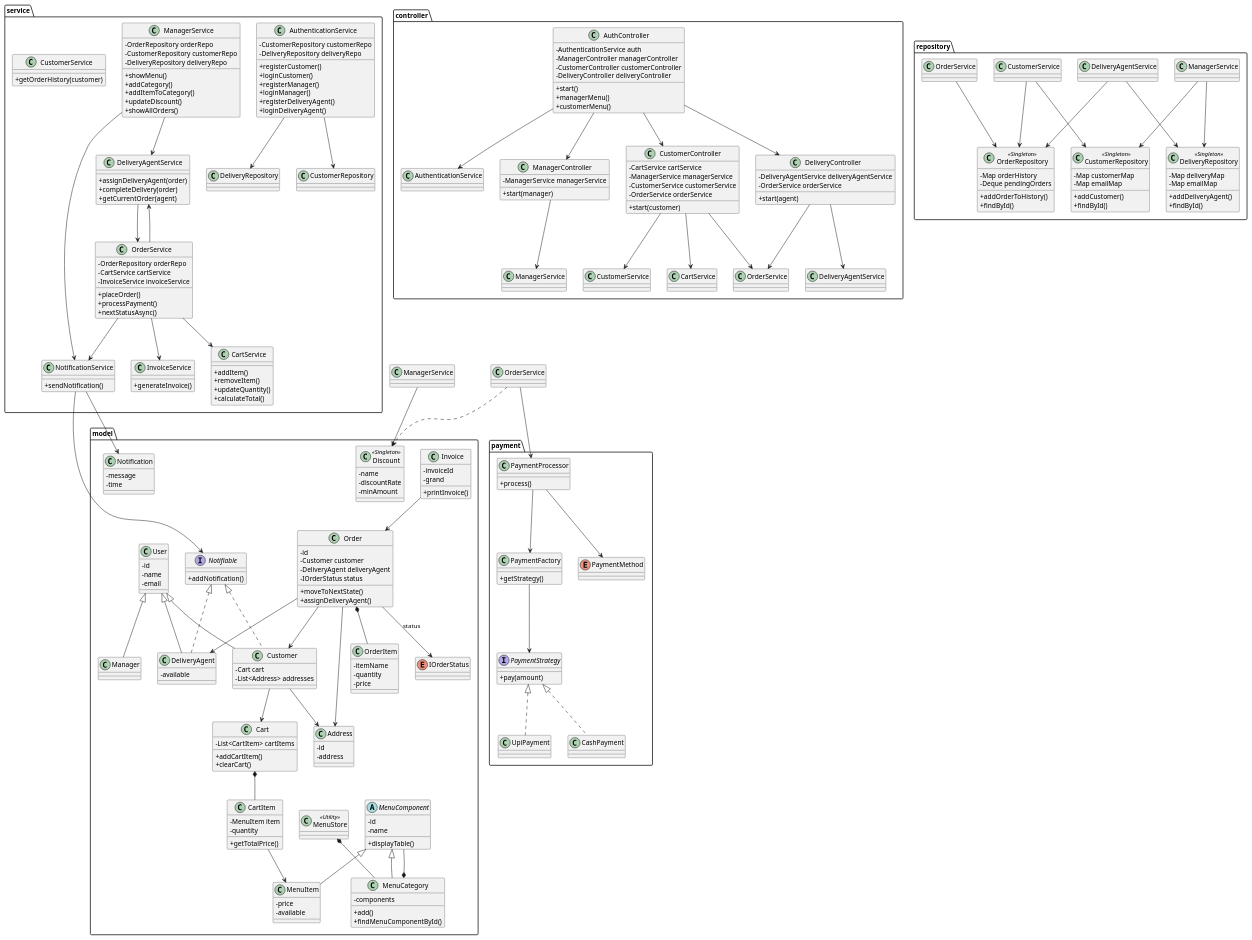
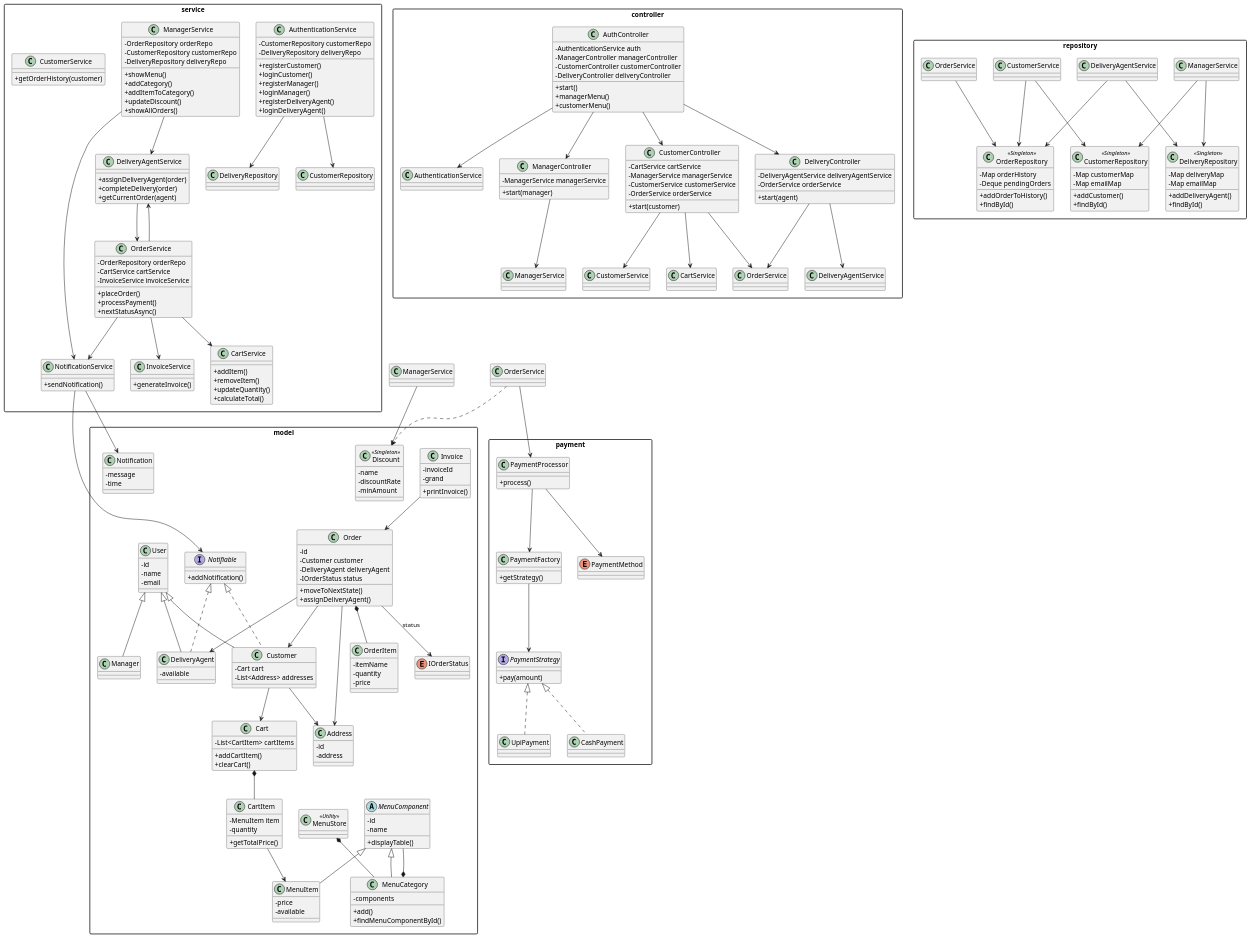
Before and after one commit to darshitdhaduk07/food-delivery-app: the diagram in src/food_delivery_app/diagram.puml, drawn with PlantUML. The commit also changed 15 other files, not shown here.

```diff
--- a/src/food_delivery_app/diagram.puml
+++ b/src/food_delivery_app/diagram.puml
@@ -1,5 +1,6 @@
 @startuml
 skinparam classAttributeIconSize 0
+skinparam packageStyle rectangle
 
 ' =====================================================
 ' CONTROLLERS
@@ -252,8 +253,11 @@
 }
 
 class Manager
+}
 
-}
+' =====================================================
+' RELATIONSHIPS
+' =====================================================
 
 ' User hierarchy
 User <|-- Customer
```
